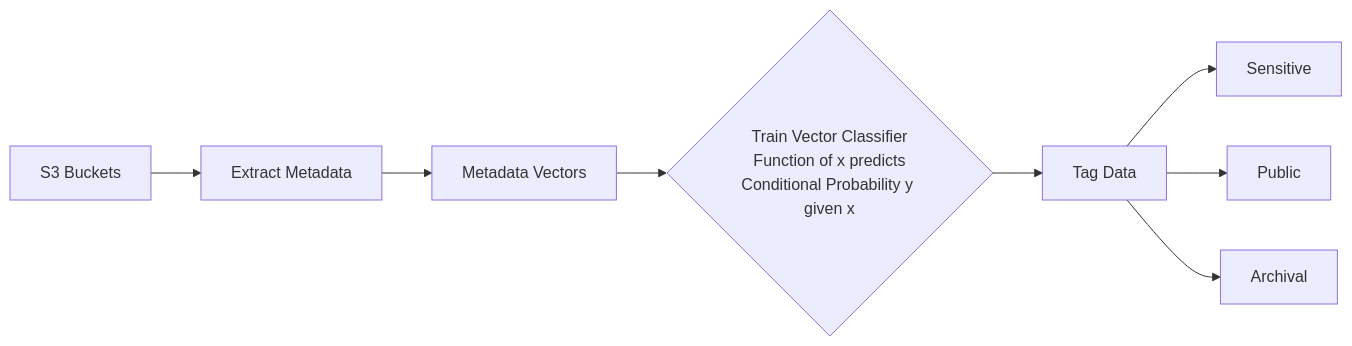
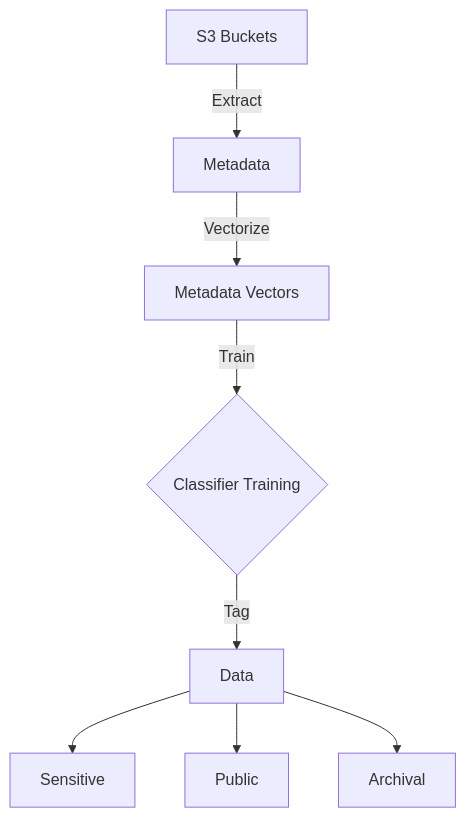
One commit to mgorav/Vectors changed the third of 3 diagrams in readme.md. Above: the diagram before and after it, drawn with Mermaid. The commit also changed 1 other file, not shown here.

````diff
--- a/readme.md
+++ b/readme.md
@@ -157,16 +157,14 @@
 ```mermaid
-flowchart LR
-  A[S3 Buckets] --> B[Extract Metadata]
-  B --> C[Metadata Vectors]
+flowchart TD
+  A[S3 Buckets] -->|Extract| B[Metadata]
+  B -->|Vectorize| C[Metadata Vectors]
 
-  C --> D{Train Vector Classifier\nFunction of x predicts\nConditional Probability y given x}
+  C -->|Train| D{Classifier Training}
 
-  D --> E[Tag Data]
+  D -->|Tag| E[Data]
 
   E --> F[Sensitive]
   E --> G[Public]
   E --> H[Archival]
 
-
-
 ```
````
